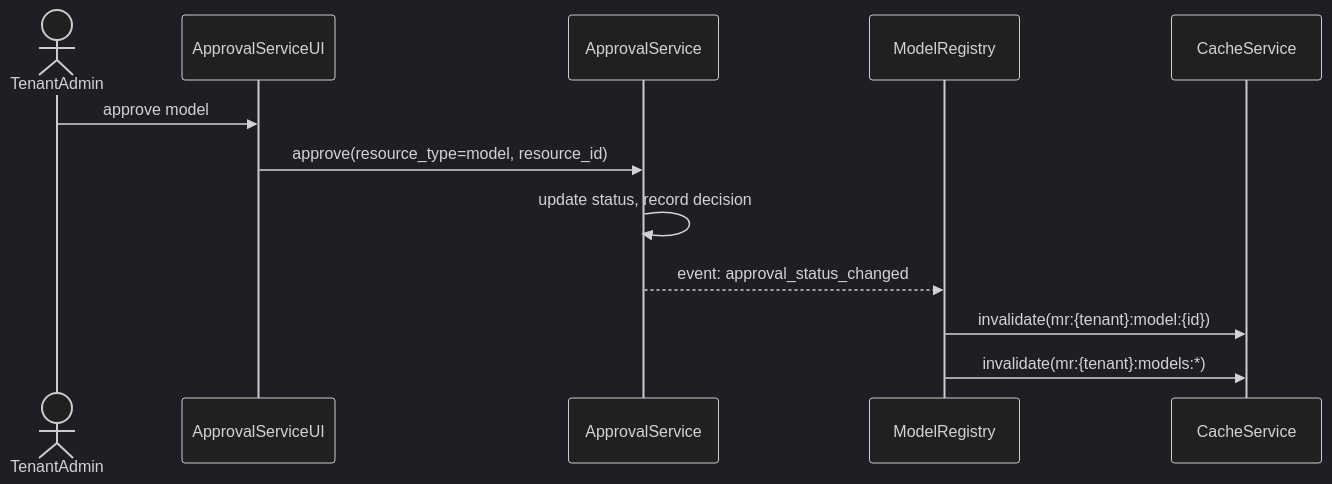
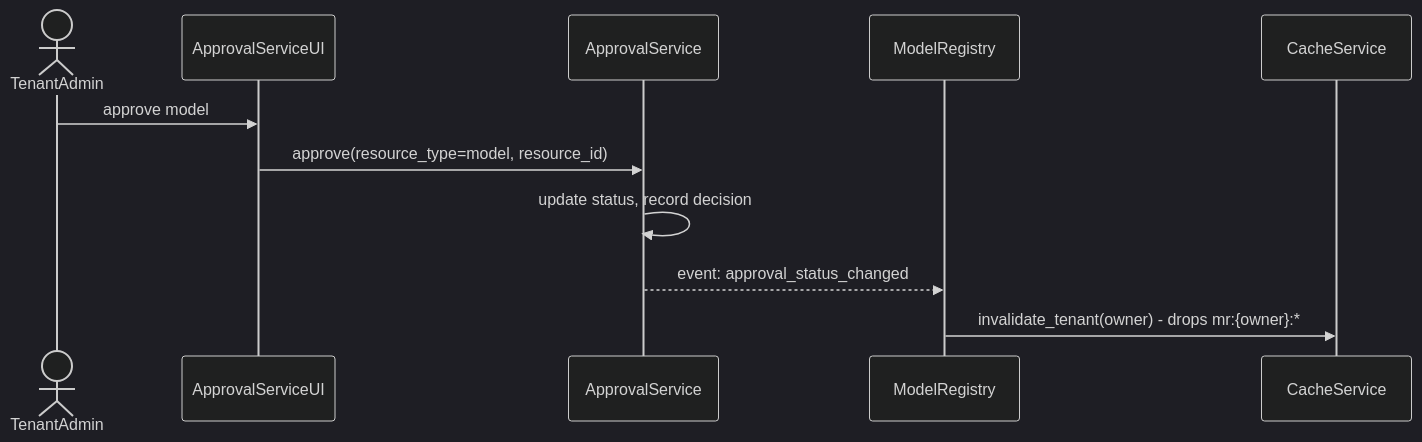
One commit to Qilin101/gears-rust changed the seventh of 9 diagrams in gears/model-registry/docs/DESIGN.md. Above: the diagram before and after it, drawn with Mermaid (dark theme). The commit also changed other lines of this file and 3 other files, not shown here.

````diff
--- a/gears/model-registry/docs/DESIGN.md
+++ b/gears/model-registry/docs/DESIGN.md
@@ -1201,15 +1199,14 @@
 ```mermaid
 sequenceDiagram
     actor TenantAdmin
     participant ApprovalUI as ApprovalServiceUI
     participant Approval as ApprovalService
     participant MR as ModelRegistry
     participant Cache as CacheService
 
     TenantAdmin->>ApprovalUI: approve model
     ApprovalUI->>Approval: approve(resource_type=model, resource_id)
     Approval->>Approval: update status, record decision
     Approval-->>MR: event: approval_status_changed
-    MR->>Cache: invalidate(mr:{tenant}:model:{id})
-    MR->>Cache: invalidate(mr:{tenant}:models:*)
+    MR->>Cache: invalidate_tenant(owner) - drops mr:{owner}:*
 ```
````
